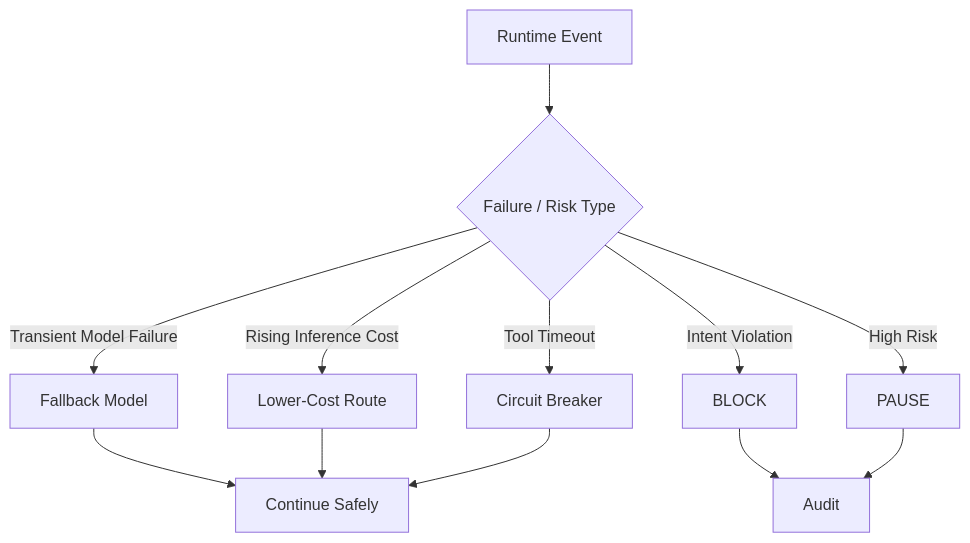
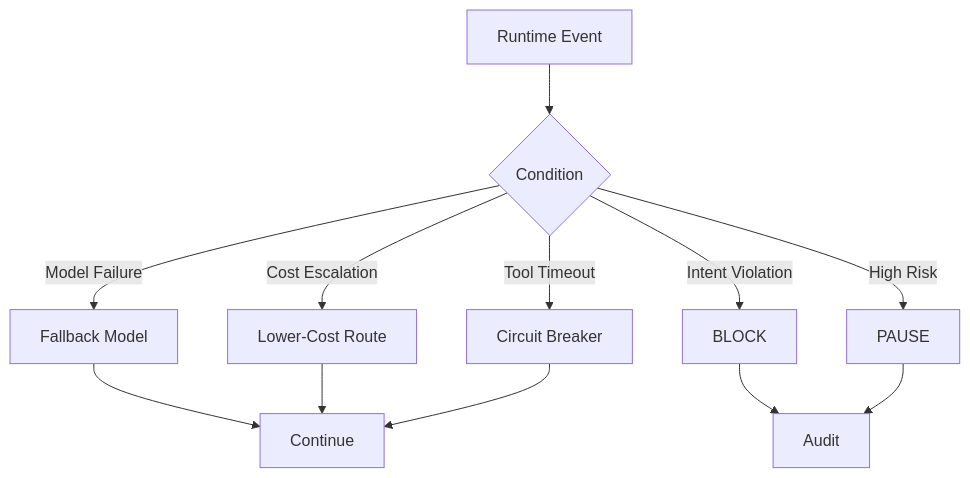
One commit to LSUDOKO/Vigil changed the third of 6 diagrams in README.md. Above: the diagram before and after it, drawn with Mermaid. The commit also changed other lines of this file, not shown here.

````diff
--- a/README.md
+++ b/README.md
@@ -494,18 +577,18 @@
 ```mermaid
 flowchart TD
-    A[Runtime Event]
-        --> B{Failure / Risk Type}
 
-    B -->|Transient Model Failure| C[Fallback Model]
-    B -->|Rising Inference Cost| D[Lower-Cost Route]
+    A[Runtime Event] --> B{Condition}
+
+    B -->|Model Failure| C[Fallback Model]
+    B -->|Cost Escalation| D[Lower-Cost Route]
     B -->|Tool Timeout| E[Circuit Breaker]
     B -->|Intent Violation| F[BLOCK]
     B -->|High Risk| G[PAUSE]
 
-    C --> H[Continue Safely]
+    C --> H[Continue]
     D --> H
     E --> H
 
     F --> I[Audit]
     G --> I
 ```
````
